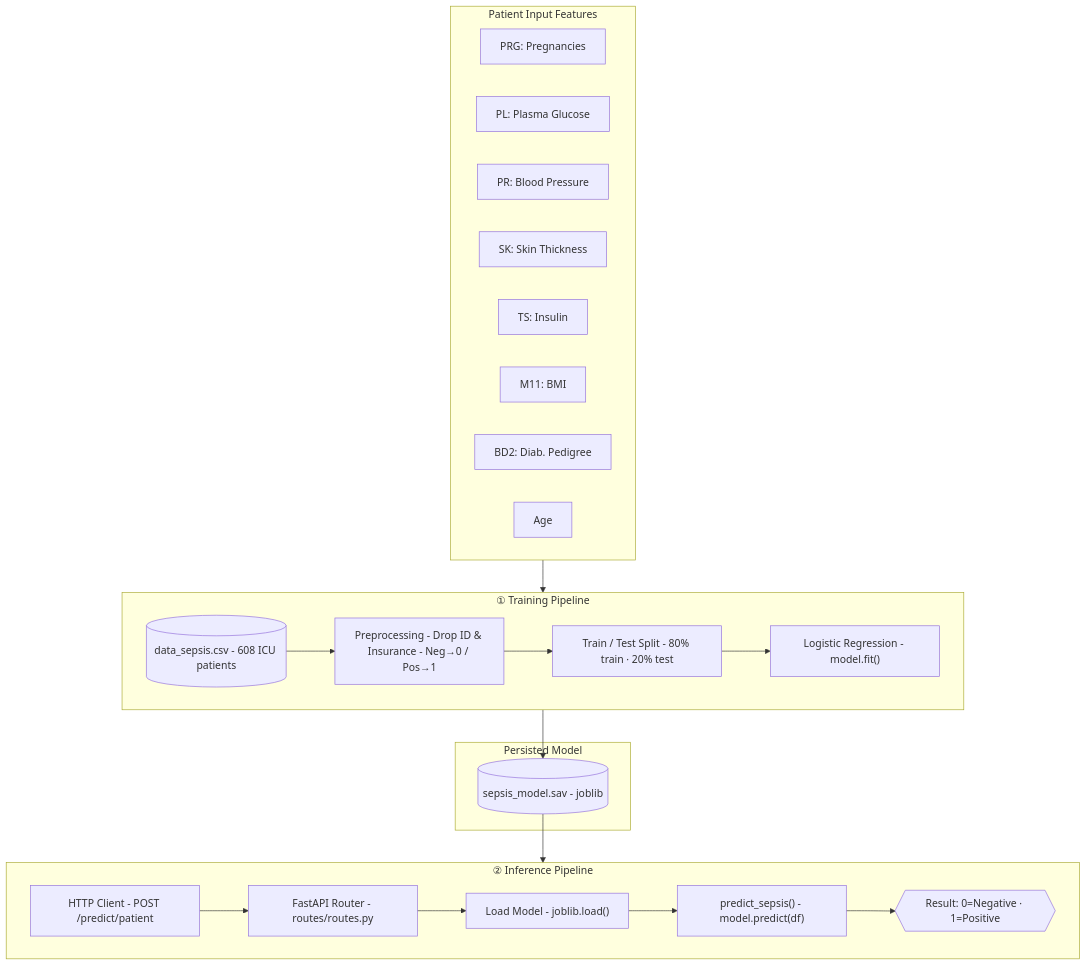
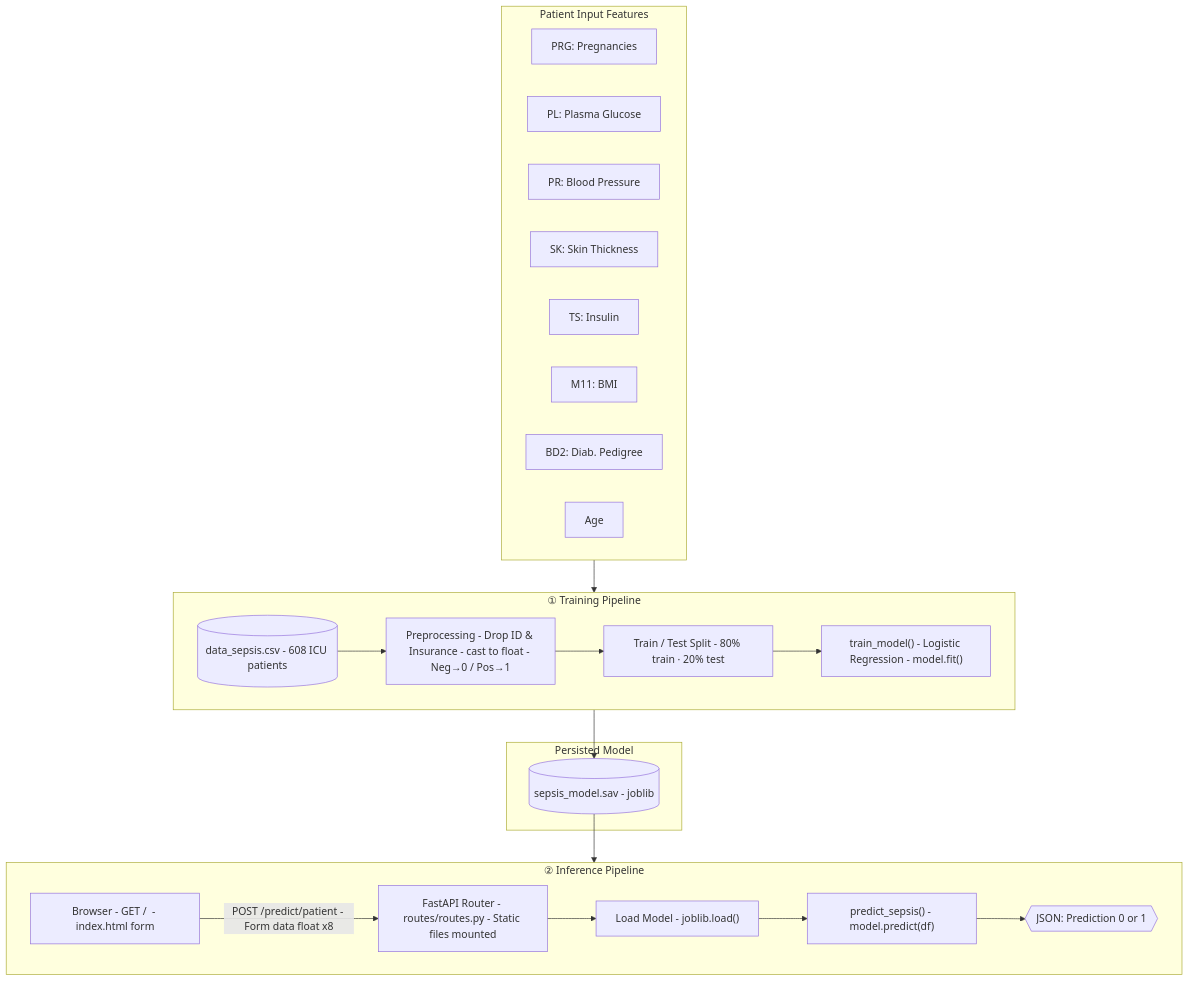
One commit to ahmedrafed99/MedTech_Detect changed the first of 2 diagrams in docs/architecture.md. Above: the diagram before and after it, drawn with Mermaid. The commit also changed other lines of this file, not shown here.

Commit message:
Update architecture diagram to reflect refactored routes and preprocessing

````diff
--- a/docs/architecture.md
+++ b/docs/architecture.md
@@ -5,43 +5,43 @@
 ```mermaid
 flowchart TD
     subgraph FEATURES ["Patient Input Features"]
         direction LR
         PRG["PRG: Pregnancies"]
         PL["PL: Plasma Glucose"]
         PR["PR: Blood Pressure"]
         SK["SK: Skin Thickness"]
         TS["TS: Insulin"]
         M11["M11: BMI"]
         BD2["BD2: Diab. Pedigree"]
         AGE["Age"]
     end
 
     FEATURES --> A
 
     subgraph TRAIN ["① Training Pipeline"]
         direction LR
         A[("data_sepsis.csv - 608 ICU patients")]
-        B["Preprocessing - Drop ID & Insurance - Neg→0 / Pos→1"]
+        B["Preprocessing - Drop ID & Insurance - cast to float - Neg→0 / Pos→1"]
         C["Train / Test Split - 80% train · 20% test"]
-        D["Logistic Regression - model.fit()"]
+        D["train_model() - Logistic Regression - model.fit()"]
         A --> B --> C --> D
     end
 
     D --> E
 
     subgraph MODEL ["Persisted Model"]
         E[("sepsis_model.sav - joblib")]
     end
 
-    E --> G
+    E --> H
 
     subgraph INFER ["② Inference Pipeline"]
         direction LR
-        F["HTTP Client - POST /predict/patient"]
-        G["FastAPI Router - routes/routes.py"]
+        F["Browser - GET /  - index.html form"]
+        G["FastAPI Router - routes/routes.py - Static files mounted"]
         H["Load Model - joblib.load()"]
         I["predict_sepsis() - model.predict(df)"]
-        J{{"Result: 0=Negative · 1=Positive"}}
-        F --> G --> H --> I --> J
+        J{{"JSON: Prediction 0 or 1"}}
+        F -->|"POST /predict/patient - Form data float x8"| G --> H --> I --> J
     end
 ```
````
